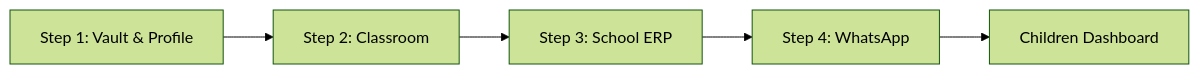
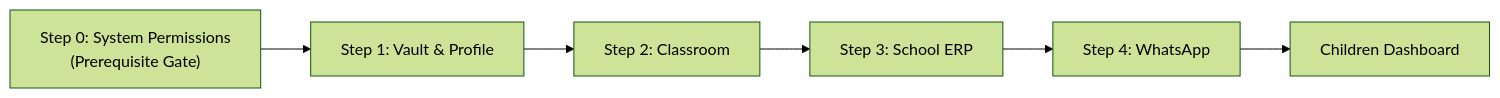
One commit to daarshnicsanjeev/K.I.D.S changed the first of 3 diagrams in docs/USER_MANUAL.md. Above: the diagram before and after it, drawn with Mermaid (forest theme). The commit also changed other lines of this file and 12 other files, not shown here.

Commit message:
feat(wizard): add mandatory advance permission & accessibility gate as step 0

````diff
--- a/docs/USER_MANUAL.md
+++ b/docs/USER_MANUAL.md
@@ -80,7 +84,8 @@
 ```mermaid
 flowchart LR
-    S1["Step 1: Vault & Profile"] --> S2["Step 2: Classroom"]
+    S0["Step 0: System Permissions<br/>(Prerequisite Gate)"] --> S1["Step 1: Vault & Profile"]
+    S1 --> S2["Step 2: Classroom"]
     S2 --> S3["Step 3: School ERP"]
     S3 --> S4["Step 4: WhatsApp"]
     S4 --> DASH["Children Dashboard"]
 ```
````
